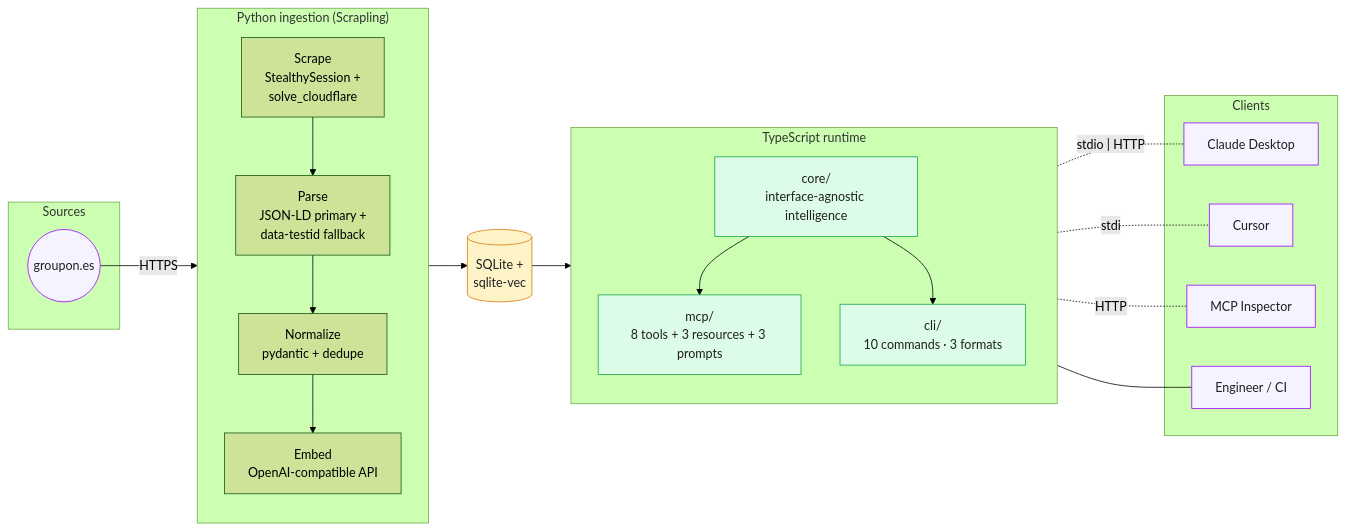
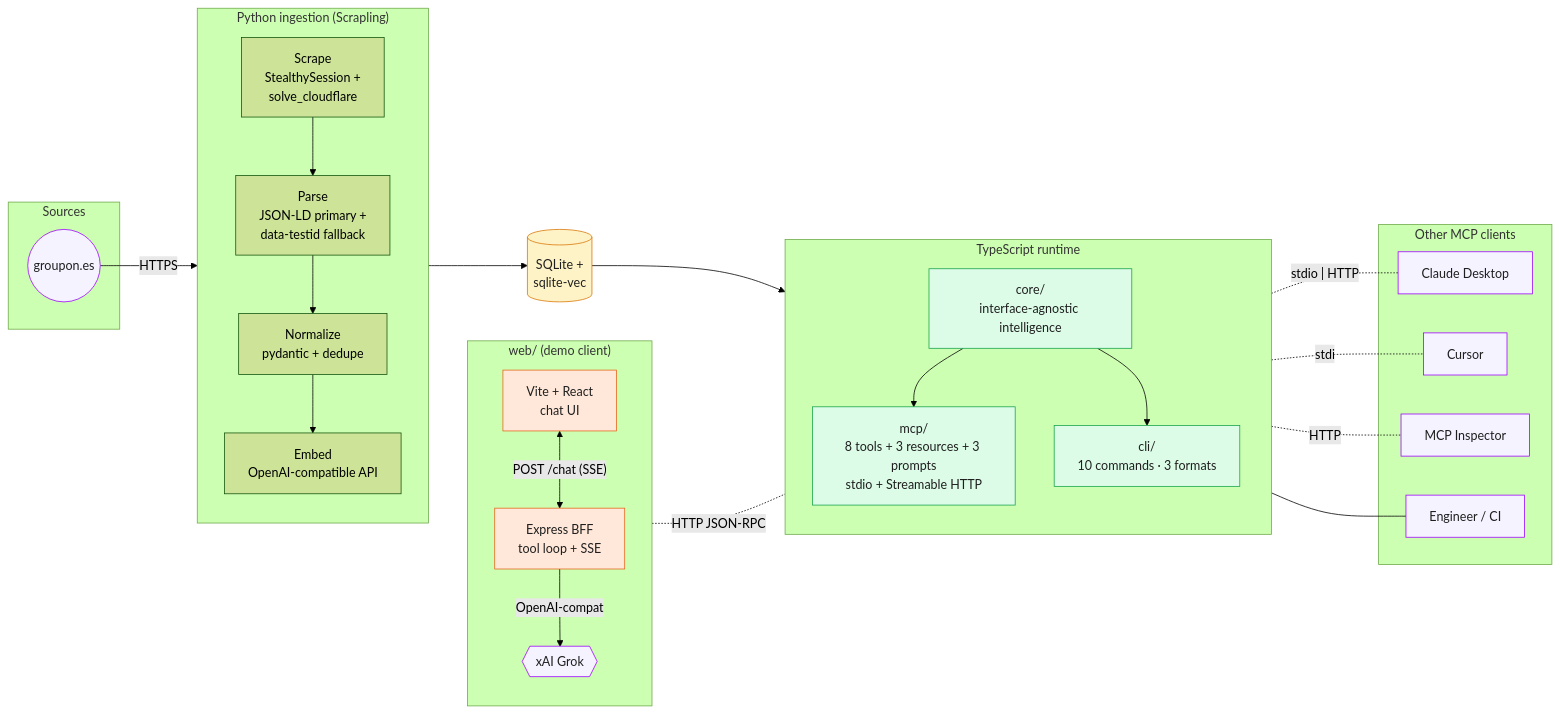
Before and after one commit to diegoperezg7/groupon-deal-intelligence-mcp: the first of 5 diagrams in README.md, drawn with Mermaid (forest theme). The commit also changed other lines of this file and 8 other files, not shown here.

````diff
--- a/README.md
+++ b/README.md
@@ -88,46 +88,57 @@
 ```mermaid
 flowchart LR
     subgraph Sources
         G(("groupon.es"))
     end
 
     subgraph Ingestion["Python ingestion (Scrapling)"]
         direction TB
-        Scrape["Scrape\nStealthySession +<br/>solve_cloudflare"] --> Parse["Parse\nJSON-LD primary +<br/>data-testid fallback"]
-        Parse --> Norm["Normalize\npydantic + dedupe"]
-        Norm --> Embed["Embed\nOpenAI-compatible API"]
+        Scrape["Scrape<br/>StealthySession +<br/>solve_cloudflare"] --> Parse["Parse<br/>JSON-LD primary +<br/>data-testid fallback"]
+        Parse --> Norm["Normalize<br/>pydantic + dedupe"]
+        Norm --> Embed["Embed<br/>OpenAI-compatible API"]
     end
 
     G -->|HTTPS| Scrape
     Embed --> Store[("SQLite +<br/>sqlite-vec")]
 
     subgraph Runtime["TypeScript runtime"]
         direction TB
         Core["core/<br/>interface-agnostic intelligence"]
-        MCP["mcp/<br/>8 tools + 3 resources + 3 prompts"]
+        MCP["mcp/<br/>8 tools + 3 resources + 3 prompts<br/>stdio + Streamable HTTP"]
         CLI["cli/<br/>10 commands · 3 formats"]
         Core --> MCP
         Core --> CLI
     end
 
     Store --> Core
 
-    subgraph Clients["Clients"]
+    subgraph WebDemo["web/ (demo client)"]
+        direction TB
+        BFF["Express BFF<br/>tool loop + SSE"]
+        UI["Vite + React<br/>chat UI"]
+        UI <-->|"POST /chat (SSE)"| BFF
+        BFF -->|"OpenAI-compat"| xAI{{"xAI Grok"}}
+    end
+
+    subgraph Clients["Other MCP clients"]
         Claude["Claude Desktop"]
         Cursor["Cursor"]
         Inspector["MCP Inspector"]
         Engineer["Engineer / CI"]
     end
 
+    BFF -.HTTP JSON-RPC.- MCP
     MCP -.stdio | HTTP.- Claude
     MCP -.stdio.- Cursor
     MCP -.HTTP.- Inspector
     CLI --- Engineer
 
     classDef ext fill:#f5f3ff,stroke:#9F00FF,color:#1f1f1f
     classDef core fill:#dcfce7,stroke:#16a34a,color:#1f1f1f
     classDef store fill:#fef3c7,stroke:#d97706,color:#1f1f1f
-    class G,Claude,Cursor,Inspector,Engineer ext
+    classDef demo fill:#ffe8d9,stroke:#e6651b,color:#1f1f1f
+    class G,Claude,Cursor,Inspector,Engineer,xAI ext
     class Core,MCP,CLI core
     class Store store
+    class BFF,UI demo
 ```
````
